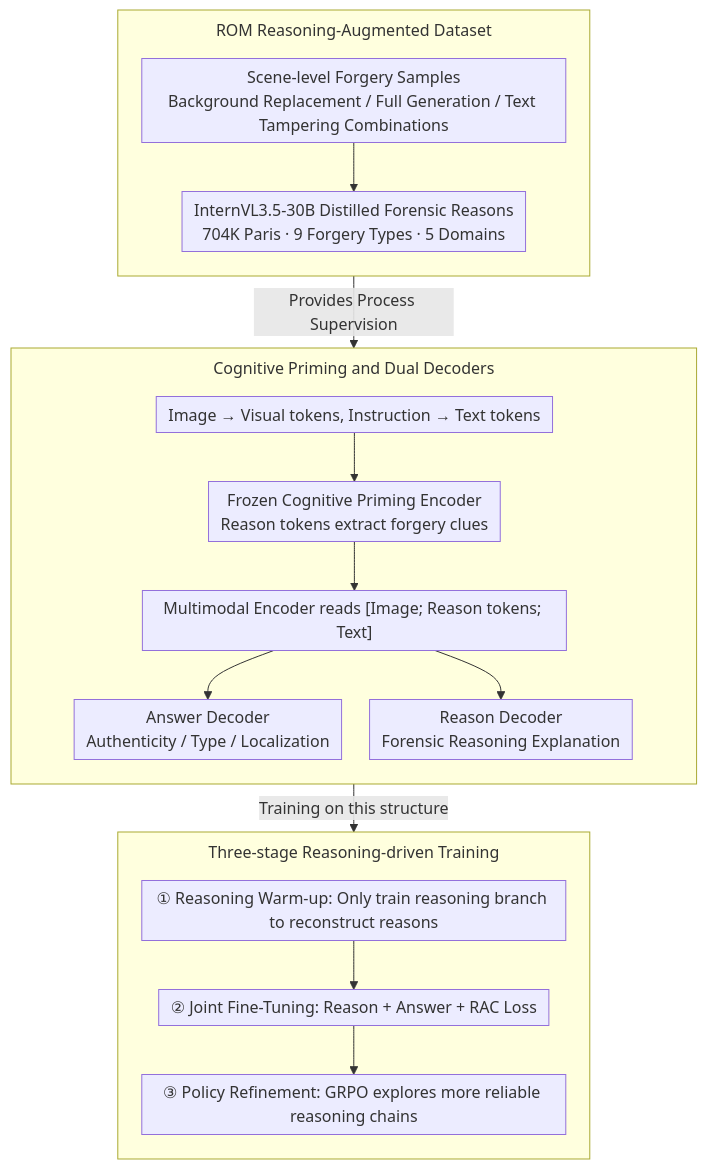
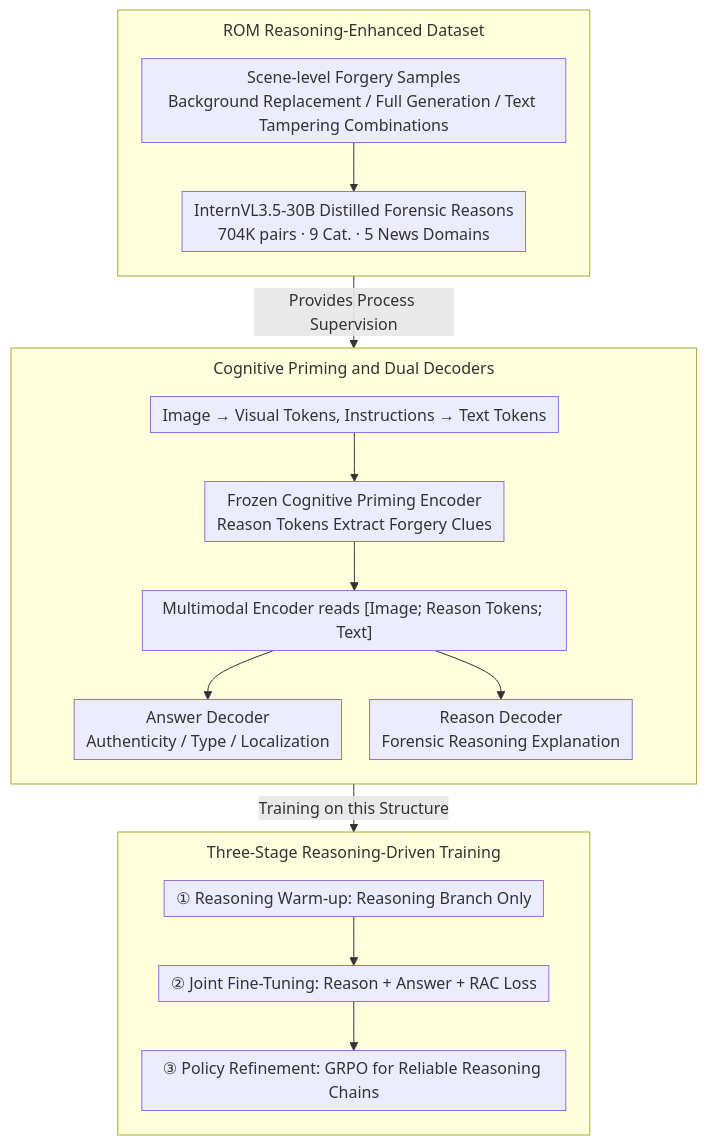
The diagram in docs/ACL2026/robotics/cultivating_forensic_reasoning_for_generalizable_multimodal_manipulation_detecti.md (zhaoyang97/Paper-Notes-en), drawn with Mermaid before and after one commit. The commit also changed other lines of this file and 5084 other files, not shown here.

````diff
--- a/docs/ACL2026/robotics/cultivating_forensic_reasoning_for_generalizable_multimodal_manipulation_detecti.md
+++ b/docs/ACL2026/robotics/cultivating_forensic_reasoning_for_generalizable_multimodal_manipulation_detecti.md
@@ -42,22 +42,22 @@
 ```mermaid
 %%{init: {'flowchart': {'rankSpacing': 24, 'nodeSpacing': 28, 'padding': 6, 'wrappingWidth': 400, 'subGraphTitleMargin': {'top': 8, 'bottom': 16}}}}%%
 flowchart TD
-    subgraph DATA["ROM Reasoning-Augmented Dataset"]
+    subgraph DATA["ROM Reasoning-Enhanced Dataset"]
         direction TB
-        A["Scene-level Forgery Samples<br/>Background Replacement / Full Generation / Text Tampering Combinations"] --> B["InternVL3.5-30B Distilled Forensic Reasons<br/>704K Paris · 9 Forgery Types · 5 Domains"]
+        A["Scene-level Forgery Samples<br/>Background Replacement / Full Generation / Text Tampering Combinations"] --> B["InternVL3.5-30B Distilled Forensic Reasons<br/>704K pairs · 9 Cat. · 5 News Domains"]
     end
     DATA -->|Provides Process Supervision| ARCH
     subgraph ARCH["Cognitive Priming and Dual Decoders"]
         direction TB
-        C["Image → Visual tokens, Instruction → Text tokens"] --> D["Frozen Cognitive Priming Encoder<br/>Reason tokens extract forgery clues"]
-        D --> E["Multimodal Encoder reads [Image; Reason tokens; Text]"]
+        C["Image → Visual Tokens, Instructions → Text Tokens"] --> D["Frozen Cognitive Priming Encoder<br/>Reason Tokens Extract Forgery Clues"]
+        D --> E["Multimodal Encoder reads [Image; Reason Tokens; Text]"]
         E --> F["Answer Decoder<br/>Authenticity / Type / Localization"]
         E --> G["Reason Decoder<br/>Forensic Reasoning Explanation"]
     end
-    ARCH -->|Training on this structure| TRAIN
-    subgraph TRAIN["Three-stage Reasoning-driven Training"]
+    ARCH -->|Training on this Structure| TRAIN
+    subgraph TRAIN["Three-Stage Reasoning-Driven Training"]
         direction TB
-        H["① Reasoning Warm-up: Only train reasoning branch to reconstruct reasons"] --> I["② Joint Fine-Tuning: Reason + Answer + RAC Loss"]
-        I --> J["③ Policy Refinement: GRPO explores more reliable reasoning chains"]
+        H["① Reasoning Warm-up: Reasoning Branch Only"] --> I["② Joint Fine-Tuning: Reason + Answer + RAC Loss"]
+        I --> J["③ Policy Refinement: GRPO for Reliable Reasoning Chains"]
     end
 ```
````
